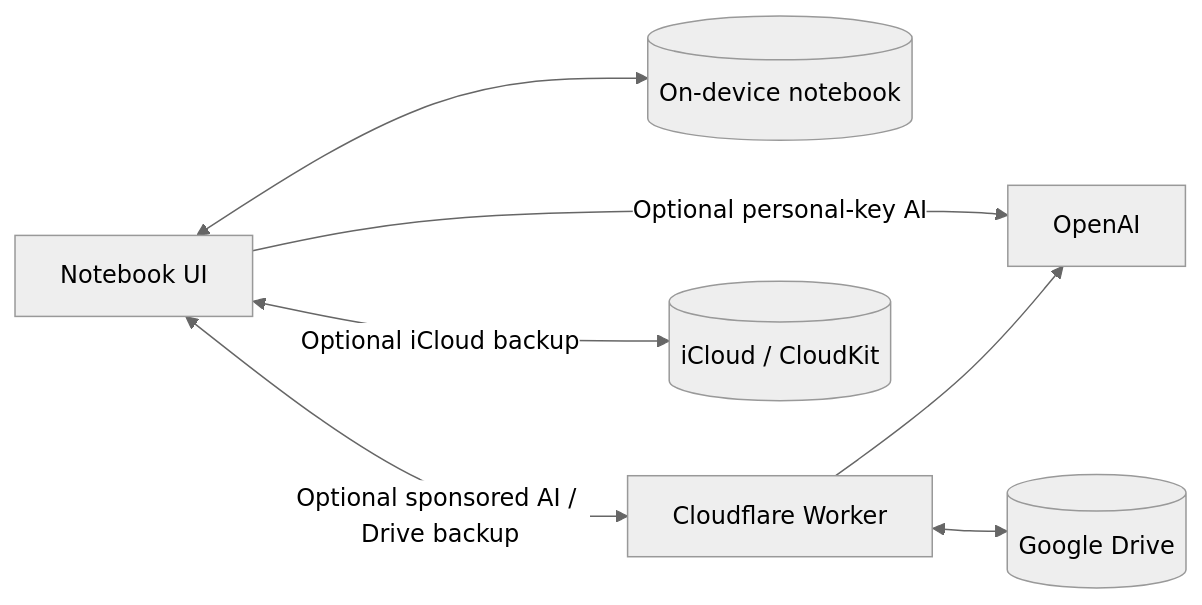
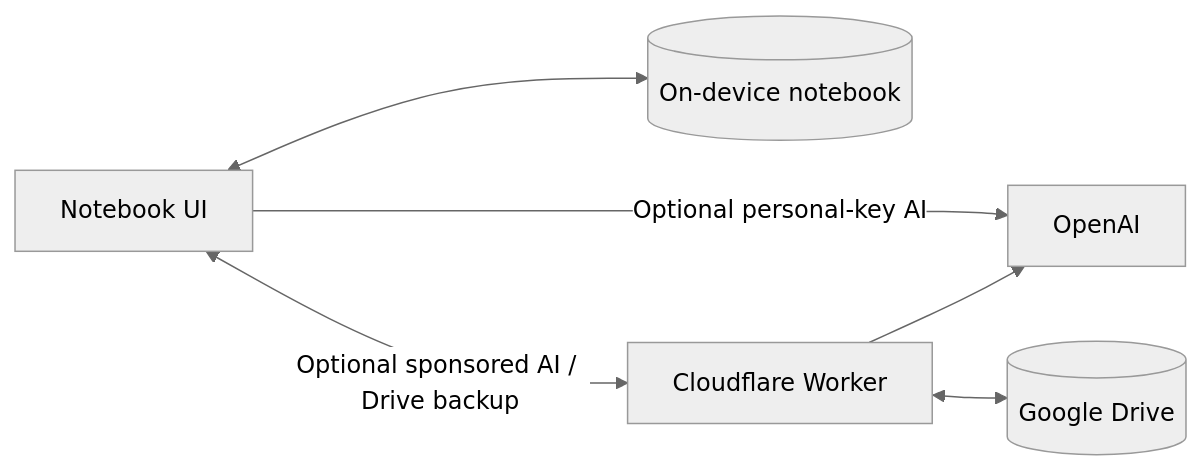
Before and after one commit to daniel-sc/AhThatsWho: the diagram in README.md, drawn with Mermaid (neutral theme). The commit also changed other lines of this file and 59 other files, not shown here.

````diff
--- a/README.md
+++ b/README.md
@@ -33,9 +34,8 @@
 ```mermaid
 flowchart LR
     App[Notebook UI] <--> Local[(On-device notebook)]
     App <-->|Optional sponsored AI / Drive backup| Worker[Cloudflare Worker]
     Worker --> OpenAI[OpenAI]
     Worker <--> Drive[(Google Drive)]
     App -->|Optional personal-key AI| OpenAI
-    App <-->|Optional iCloud backup| CloudKit[(iCloud / CloudKit)]
 ```
````
